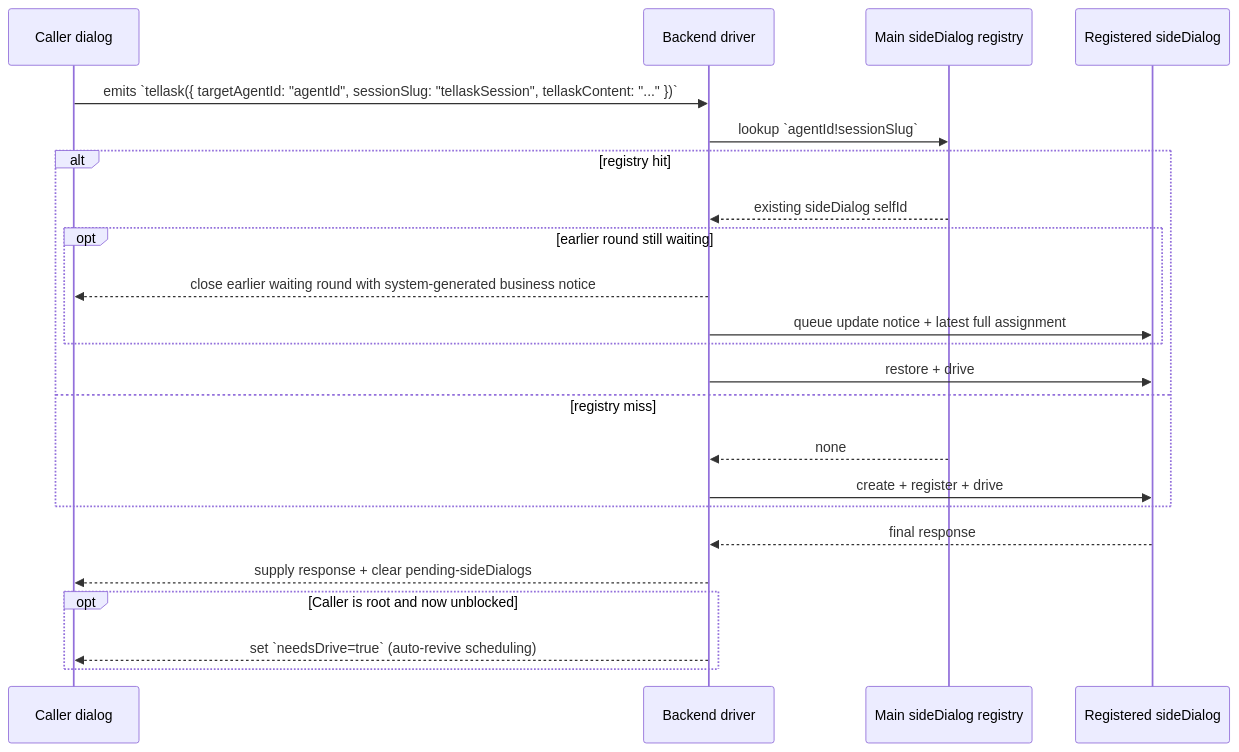
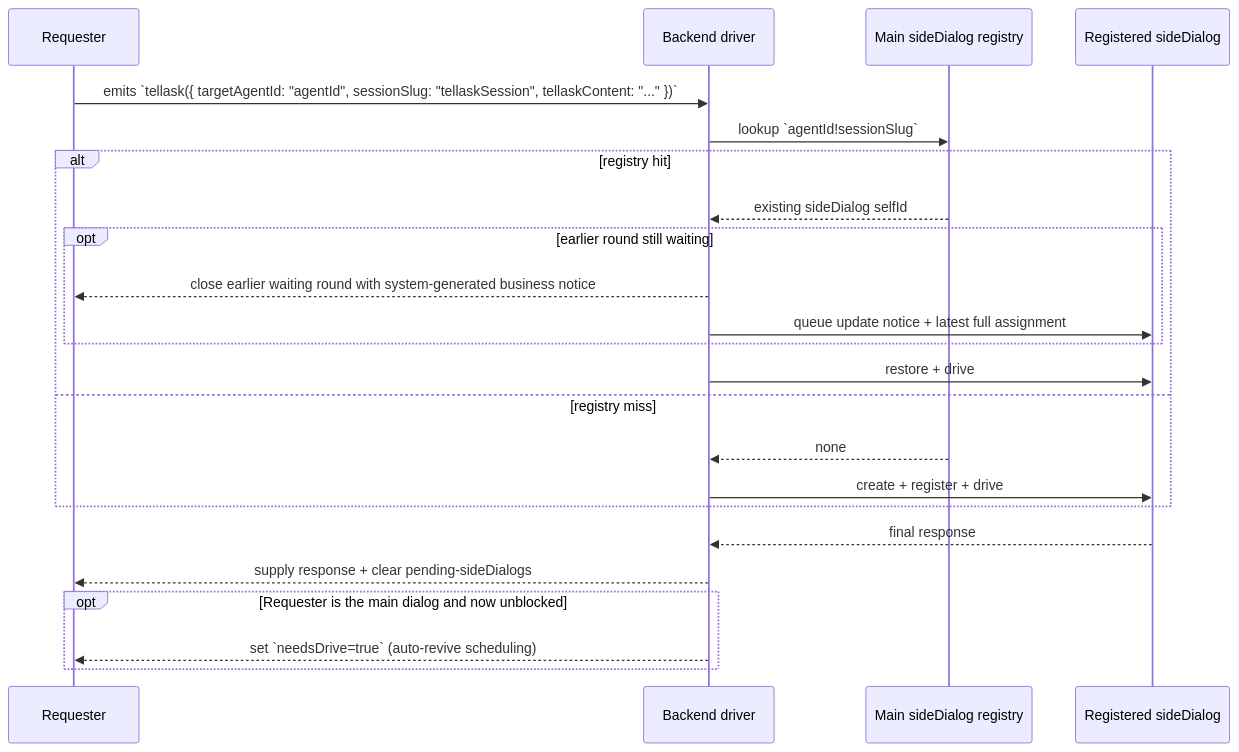
Before and after one commit to longrun-ai/dominds: diagram 12 of 18 in docs/dialog-system.md, drawn with Mermaid. The commit also changed other lines of this file and 105 other files, not shown here.

````diff
--- a/docs/dialog-system.md
+++ b/docs/dialog-system.md
@@ -1279,26 +1273,26 @@
 ```mermaid
 sequenceDiagram
-  participant Caller as Caller dialog
+  participant Requester as Requester
   participant Driver as Backend driver
   participant Reg as Main sideDialog registry
   participant Side as Registered sideDialog
 
-  Caller->>Driver: emits `tellask({ targetAgentId: "agentId", sessionSlug: "tellaskSession", tellaskContent: "..." })`
+  Requester->>Driver: emits `tellask({ targetAgentId: "agentId", sessionSlug: "tellaskSession", tellaskContent: "..." })`
   Driver->>Reg: lookup `agentId!sessionSlug`
   alt registry hit
     Reg-->>Driver: existing sideDialog selfId
     opt earlier round still waiting
-      Driver-->>Caller: close earlier waiting round with system-generated business notice
+      Driver-->>Requester: close earlier waiting round with system-generated business notice
       Driver->>Side: queue update notice + latest full assignment
     end
     Driver->>Side: restore + drive
   else registry miss
     Reg-->>Driver: none
     Driver->>Side: create + register + drive
   end
   Side-->>Driver: final response
-  Driver-->>Caller: supply response + clear pending-sideDialogs
-  opt Caller is root and now unblocked
-    Driver-->>Caller: set `needsDrive=true` (auto-revive scheduling)
+  Driver-->>Requester: supply response + clear pending-sideDialogs
+  opt Requester is the main dialog and now unblocked
+    Driver-->>Requester: set `needsDrive=true` (auto-revive scheduling)
   end
 ```
````
